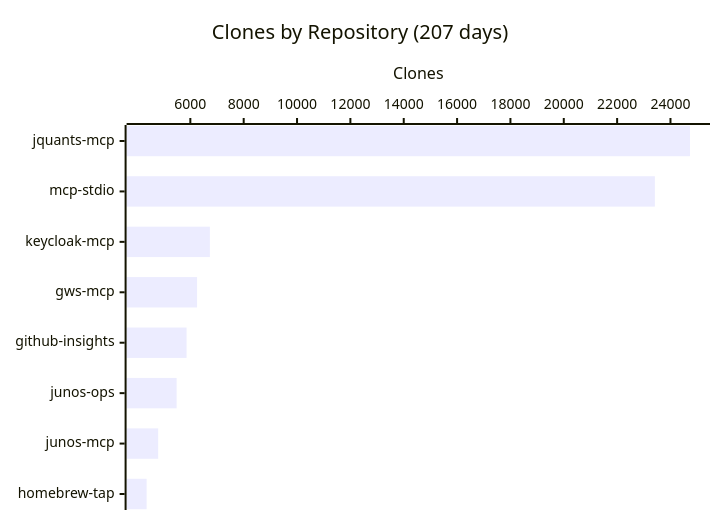
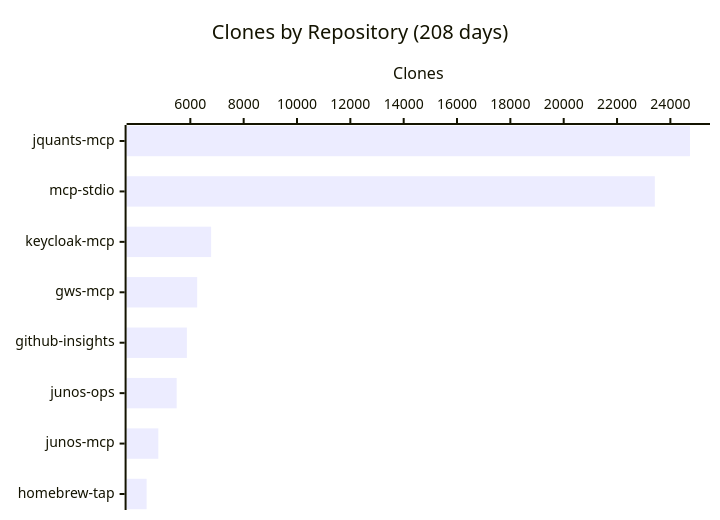
Before and after one commit to shigechika/github-insights: the fourth of 4 diagrams in README.md, drawn with Mermaid. The commit also changed other lines of this file and 2 other files, not shown here.

````diff
--- a/README.md
+++ b/README.md
@@ -58,7 +58,7 @@
 ```mermaid
 xychart-beta horizontal
-    title "Clones by Repository (207 days)"
+    title "Clones by Repository (208 days)"
     x-axis ["jquants-mcp", "mcp-stdio", "keycloak-mcp", "gws-mcp", "github-insights", "junos-ops", "junos-mcp", "homebrew-tap"]
     y-axis "Clones"
-    bar [24731, 23414, 6732, 6252, 5858, 5485, 4795, 4361]
+    bar [24735, 23417, 6779, 6257, 5871, 5487, 4800, 4361]
 ```
````
